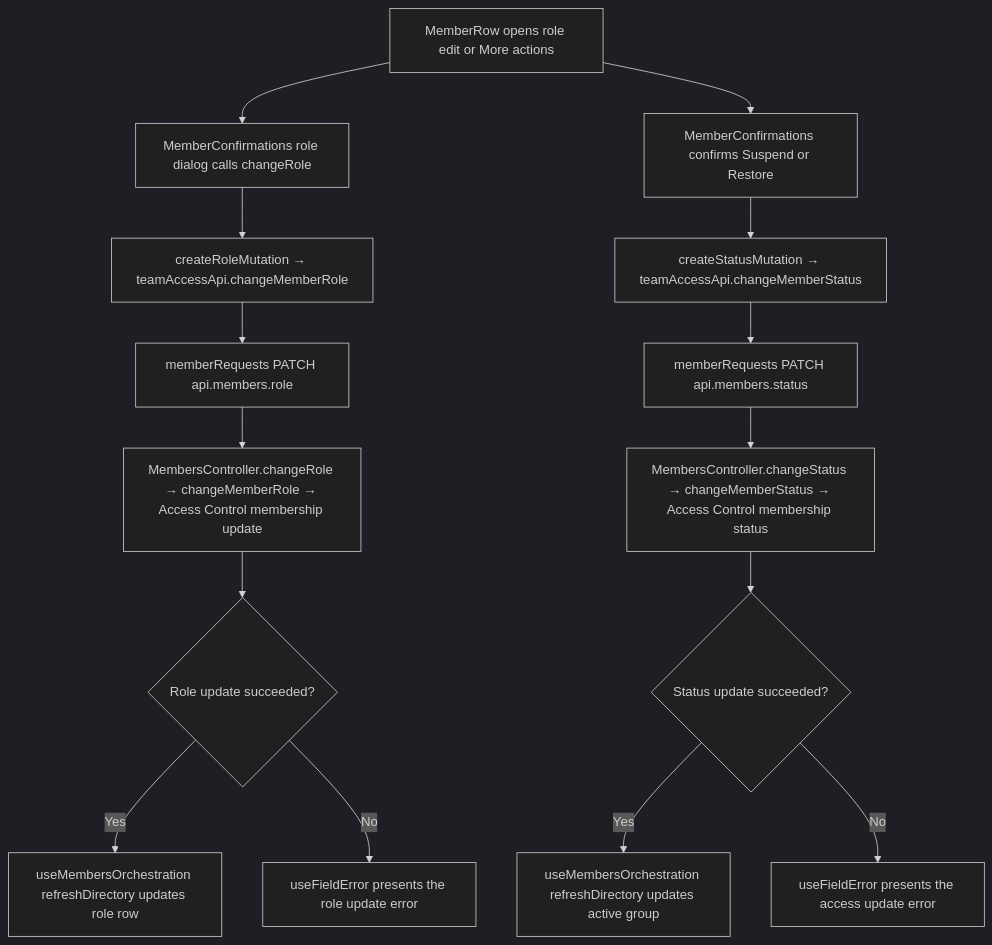
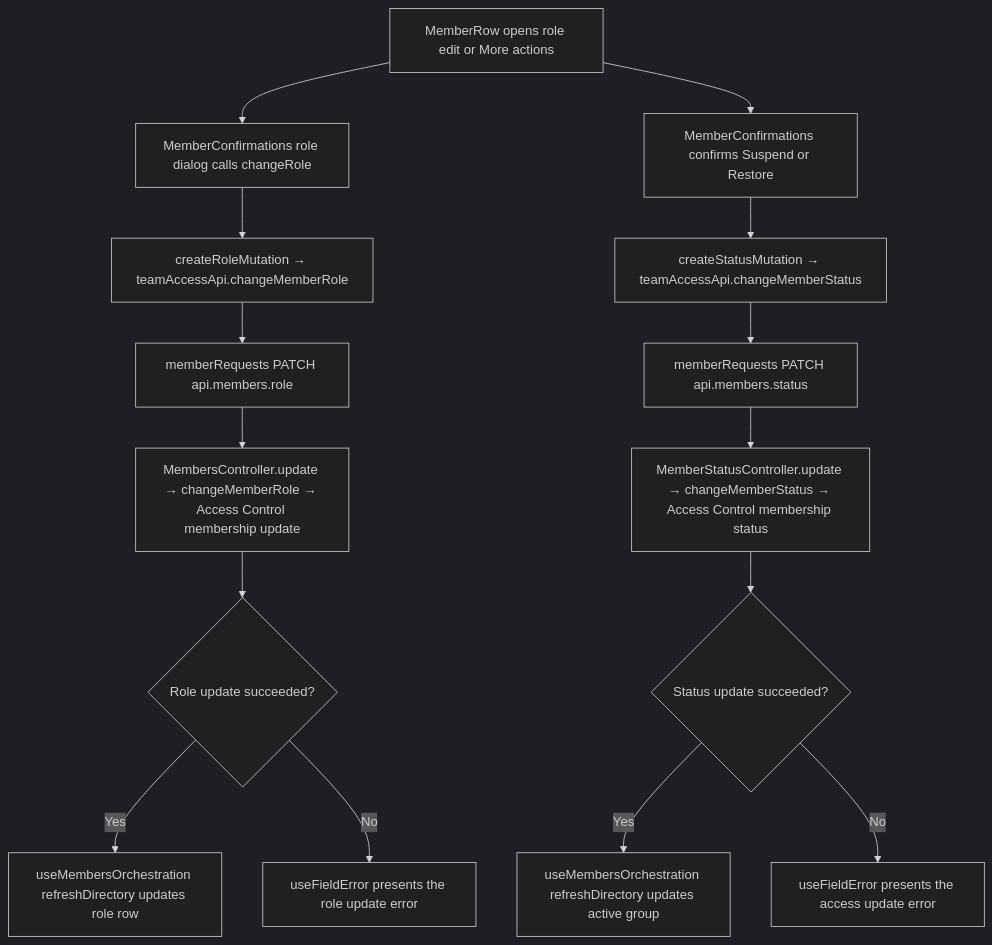
The second of 2 diagrams in user-stories/team/US-TEAM-06-change-membership.md (Kevinjohn/capacitylens), drawn with Mermaid (dark theme) before and after one commit. The commit also changed other lines of this file and 139 other files, not shown here.

````diff
--- a/user-stories/team/US-TEAM-06-change-membership.md
+++ b/user-stories/team/US-TEAM-06-change-membership.md
@@ -37,17 +37,17 @@
 ```mermaid
 flowchart TD
     Row["MemberRow opens role edit or More actions"] --> RoleDialog["MemberConfirmations role dialog calls changeRole"]
     RoleDialog --> RoleMutation["createRoleMutation → teamAccessApi.changeMemberRole"]
     RoleMutation --> RoleAPI["memberRequests PATCH api.members.role"]
-    RoleAPI --> RoleServer["MembersController.changeRole → changeMemberRole → Access Control membership update"]
+    RoleAPI --> RoleServer["MembersController.update → changeMemberRole → Access Control membership update"]
     RoleServer --> RoleResult{"Role update succeeded?"}
     RoleResult -->|"Yes"| RefreshRole["useMembersOrchestration refreshDirectory updates role row"]
     RoleResult -->|"No"| RoleError["useFieldError presents the role update error"]
     Row --> StatusConfirm["MemberConfirmations confirms Suspend or Restore"]
     StatusConfirm --> StatusMutation["createStatusMutation → teamAccessApi.changeMemberStatus"]
     StatusMutation --> StatusAPI["memberRequests PATCH api.members.status"]
-    StatusAPI --> StatusServer["MembersController.changeStatus → changeMemberStatus → Access Control membership status"]
+    StatusAPI --> StatusServer["MemberStatusController.update → changeMemberStatus → Access Control membership status"]
     StatusServer --> StatusResult{"Status update succeeded?"}
     StatusResult -->|"Yes"| RefreshStatus["useMembersOrchestration refreshDirectory updates active group"]
     StatusResult -->|"No"| StatusError["useFieldError presents the access update error"]
 ```
````
